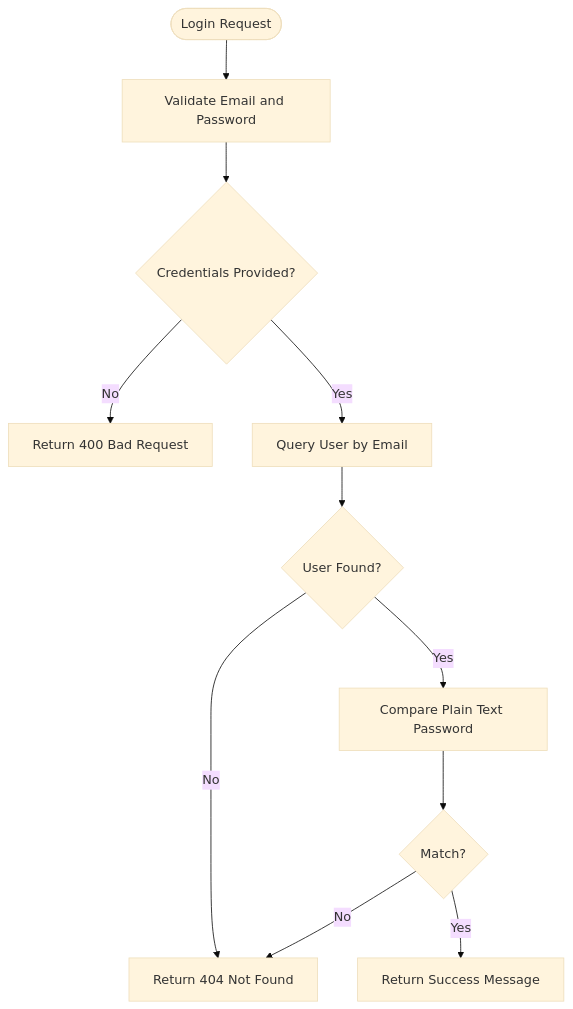
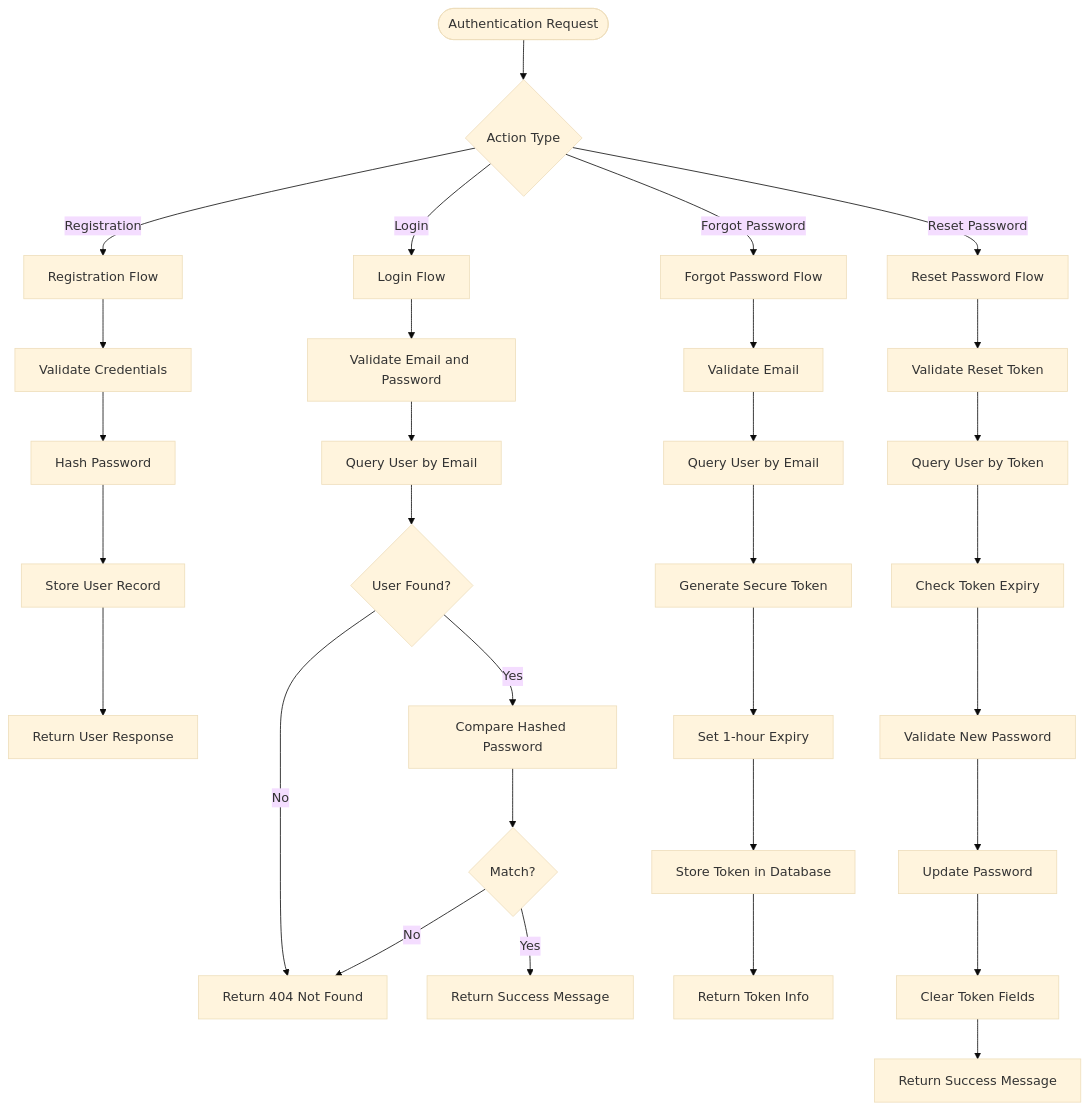
Before and after one commit to vinhle-HCMUT/MuseAmigo_API: the third of 4 diagrams in .qoder/repowiki/en/content/Security & Authentication.md, drawn with Mermaid (base theme). The commit also changed other lines of this file and 5 other files, not shown here.

````diff
--- a/.qoder/repowiki/en/content/Security & Authentication.md
+++ b/.qoder/repowiki/en/content/Security & Authentication.md
@@ -158,13 +189,33 @@
 ```mermaid
 flowchart TD
-Start(["Login Request"]) --> Validate["Validate Email and Password"]
-Validate --> Valid{"Credentials Provided?"}
-Valid --> |No| Error400["Return 400 Bad Request"]
-Valid --> |Yes| QueryUser["Query User by Email"]
-QueryUser --> Found{"User Found?"}
-Found --> |No| Error404["Return 404 Not Found"]
-Found --> |Yes| Compare["Compare Plain Text Password"]
-Compare --> Match{"Match?"}
-Match --> |No| Error404
-Match --> |Yes| Complete["Return Success Message"]
+Start(["Authentication Request"]) --> Choice{"Action Type"}
+Choice --> |Registration| RegFlow["Registration Flow"]
+Choice --> |Login| LoginFlow["Login Flow"]
+Choice --> |Forgot Password| ForgotFlow["Forgot Password Flow"]
+Choice --> |Reset Password| ResetFlow["Reset Password Flow"]
+RegFlow --> RegValidate["Validate Credentials"]
+RegValidate --> RegHash["Hash Password"]
+RegHash --> RegStore["Store User Record"]
+RegStore --> RegComplete["Return User Response"]
+LoginFlow --> LoginValidate["Validate Email and Password"]
+LoginValidate --> LoginQuery["Query User by Email"]
+LoginQuery --> LoginFound{"User Found?"}
+LoginFound --> |No| Error404["Return 404 Not Found"]
+LoginFound --> |Yes| LoginCompare["Compare Hashed Password"]
+LoginCompare --> LoginMatch{"Match?"}
+LoginMatch --> |No| Error404
+LoginMatch --> |Yes| LoginComplete["Return Success Message"]
+ForgotFlow --> ForgotValidate["Validate Email"]
+ForgotValidate --> ForgotQuery["Query User by Email"]
+ForgotQuery --> ForgotToken["Generate Secure Token"]
+ForgotToken --> ForgotExpiry["Set 1-hour Expiry"]
+ForgotExpiry --> ForgotStore["Store Token in Database"]
+ForgotStore --> ForgotComplete["Return Token Info"]
+ResetFlow --> ResetValidate["Validate Reset Token"]
+ResetValidate --> ResetQuery["Query User by Token"]
+ResetQuery --> ResetExpiry["Check Token Expiry"]
+ResetExpiry --> ResetNewPass["Validate New Password"]
+ResetNewPass --> ResetUpdate["Update Password"]
+ResetUpdate --> ResetCleanup["Clear Token Fields"]
+ResetCleanup --> ResetComplete["Return Success Message"]
 ```
````
